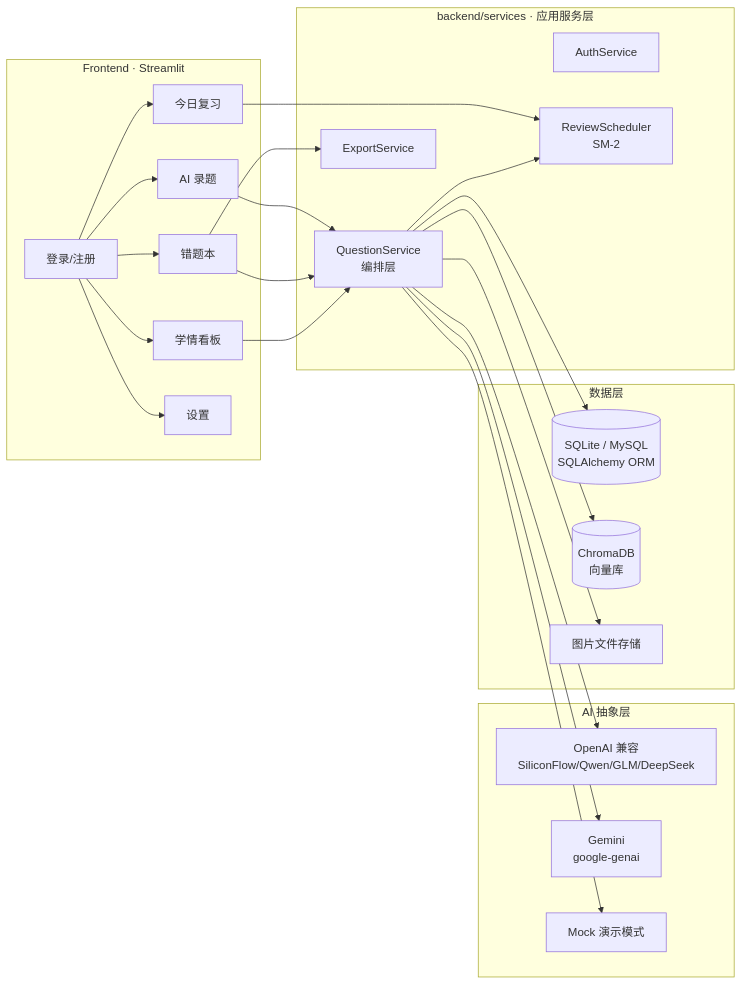
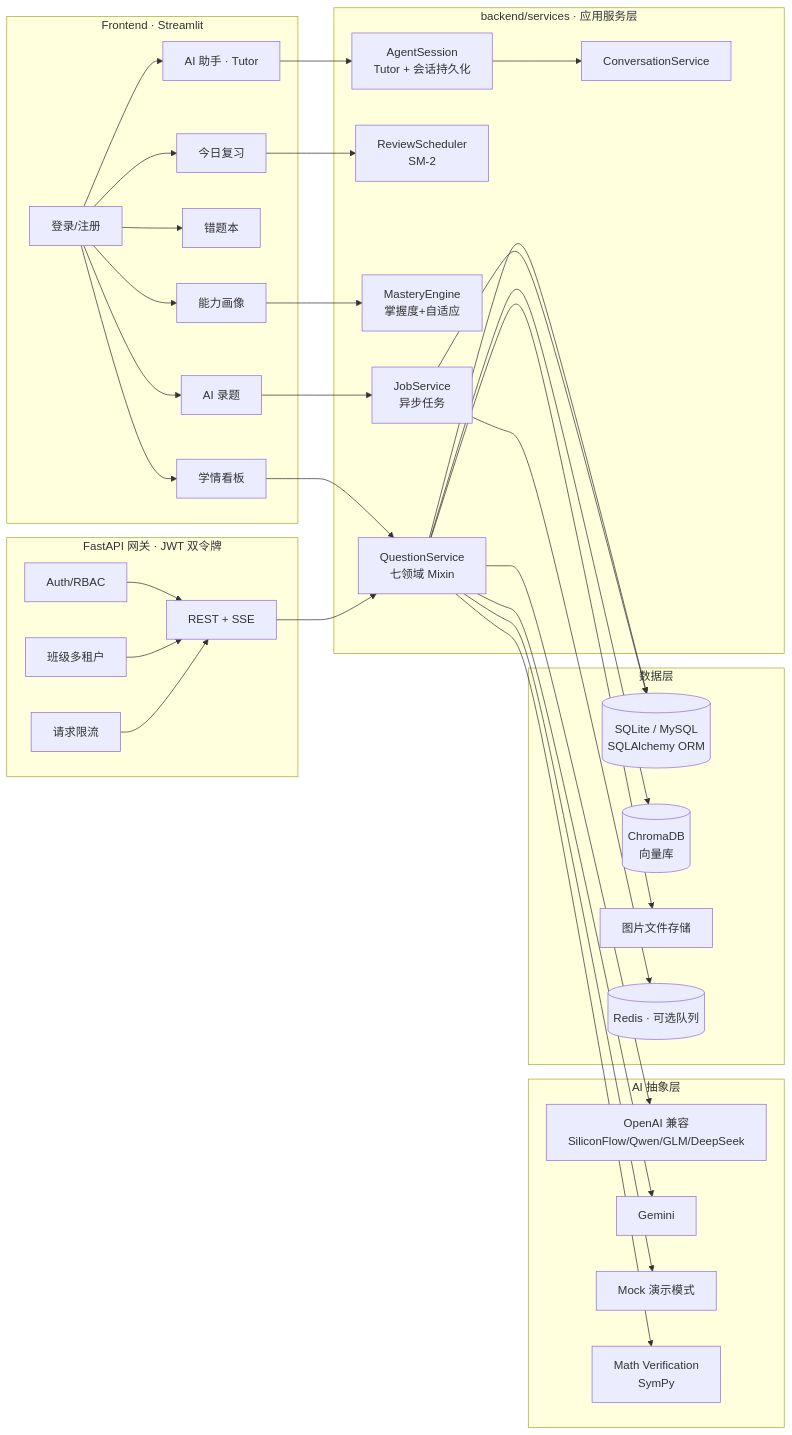
One commit to lii-lii321/Math_Tutor_RAG changed the diagram in README.md. Above: the diagram before and after it, drawn with Mermaid. The commit also changed other lines of this file and 3 other files, not shown here.

Commit message:
feat(observability): /api/stats/observability 运行观测摘要 + README 架构图刷新

````diff
--- a/README.md
+++ b/README.md
@@ -41,40 +41,55 @@
 ```mermaid
 flowchart LR
     subgraph Frontend["Frontend · Streamlit"]
         A1[登录/注册] --> A2[学情看板]
         A1 --> A3[AI 录题]
         A1 --> A4[错题本]
         A1 --> A5[今日复习]
-        A1 --> A6[设置]
+        A1 --> A7[能力画像]
+        A1 --> A8[AI 助手 · Tutor]
+    end
+
+    subgraph API["FastAPI 网关 · JWT 双令牌"]
+        G1[Auth/RBAC] --> G2[REST + SSE]
+        G3[班级多租户] --> G2
+        G4[请求限流] --> G2
     end
 
     subgraph Services["backend/services · 应用服务层"]
-        S1[QuestionService\n编排层]
-        S2[AuthService]
-        S3[ReviewScheduler\nSM-2]
-        S4[ExportService]
+        S1[QuestionService\n七领域 Mixin]
+        S2[ReviewScheduler\nSM-2]
+        S3[MasteryEngine\n掌握度+自适应]
+        S4[AgentSession\nTutor + 会话持久化]
+        S5[ConversationService]
+        S6[JobService\n异步任务]
     end
 
     subgraph AI["AI 抽象层"]
         P1[OpenAI 兼容\nSiliconFlow/Qwen/GLM/DeepSeek]
-        P2[Gemini\ngoogle-genai]
+        P2[Gemini]
         P3[Mock 演示模式]
+        P4[Math Verification\nSymPy]
     end
 
     subgraph Data["数据层"]
         R1[(SQLite / MySQL\nSQLAlchemy ORM)]
         R2[(ChromaDB\n向量库)]
         R3[图片文件存储]
+        R4[(Redis · 可选队列)]
     end
 
-    A3 --> S1
-    A4 --> S1
-    A5 --> S3
     A2 --> S1
+    A3 --> S6
+    A5 --> S2
+    A7 --> S3
+    A8 --> S4
+    G2 --> S1
+    S4 --> S5
     S1 --> P1 & P2 & P3
+    S1 --> P4
+    S1 --> R1
     S1 --> R2
-    S1 --> R1
     S1 --> R3
-    S1 --> S3
-    A4 --> S4
+    S6 --> R4
+    S6 --> R1
 ```
````
